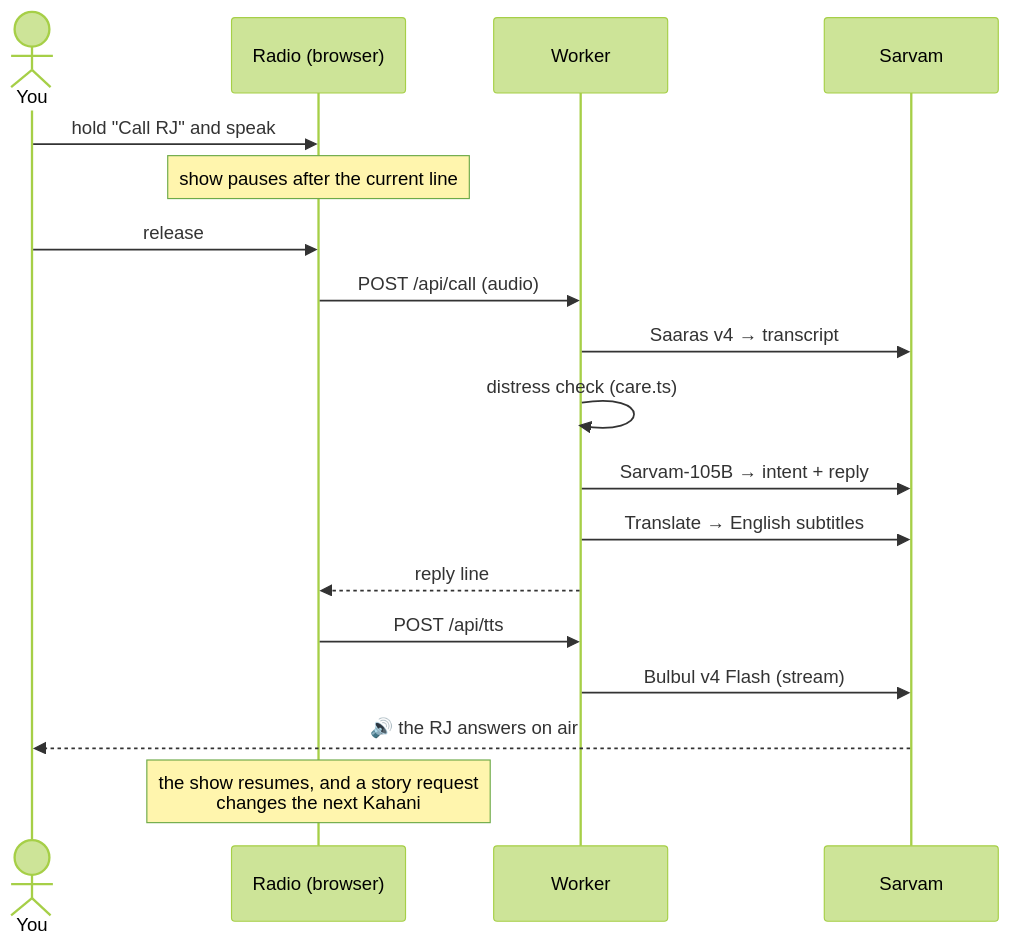
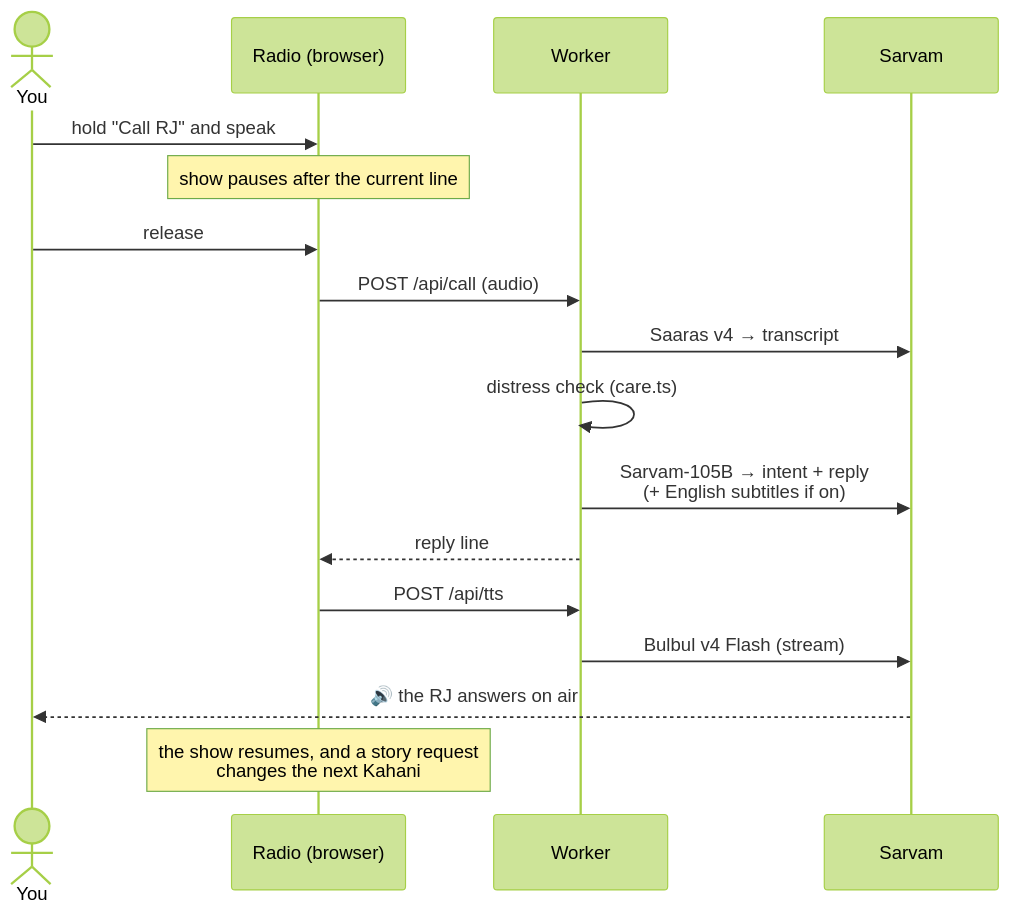
The second of 5 diagrams in README.md (harshbhx/tarang-fm), drawn with Mermaid (forest theme) before and after one commit. The commit also changed other lines of this file and 5 other files, not shown here.

````diff
--- a/README.md
+++ b/README.md
@@ -77,20 +99,19 @@
 ```mermaid
 sequenceDiagram
   actor You
   participant Radio as Radio (browser)
   participant W as Worker
   participant S as Sarvam
   You->>Radio: hold "Call RJ" and speak
   Note over Radio: show pauses after the current line
   You->>Radio: release
   Radio->>W: POST /api/call (audio)
   W->>S: Saaras v4 → transcript
   W->>W: distress check (care.ts)
-  W->>S: Sarvam-105B → intent + reply
-  W->>S: Translate → English subtitles
+  W->>S: Sarvam-105B → intent + reply<br/>(+ English subtitles if on)
   W-->>Radio: reply line
   Radio->>W: POST /api/tts
   W->>S: Bulbul v4 Flash (stream)
   S-->>You: 🔊 the RJ answers on air
   Note over Radio: the show resumes, and a story request<br/>changes the next Kahani
 ```
````
